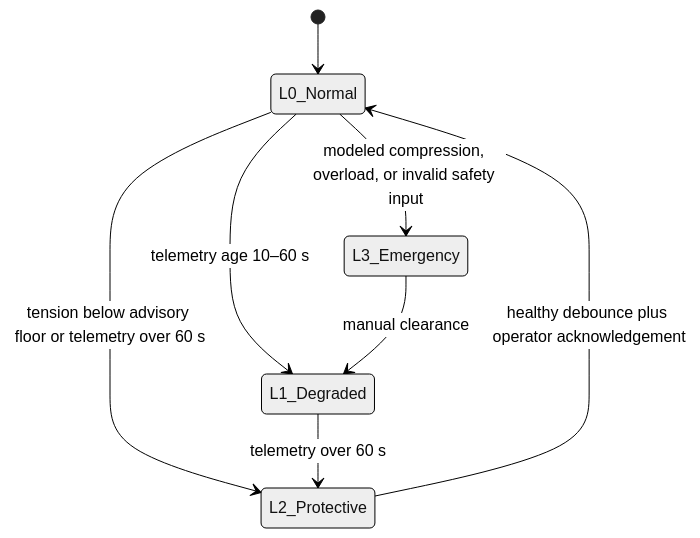
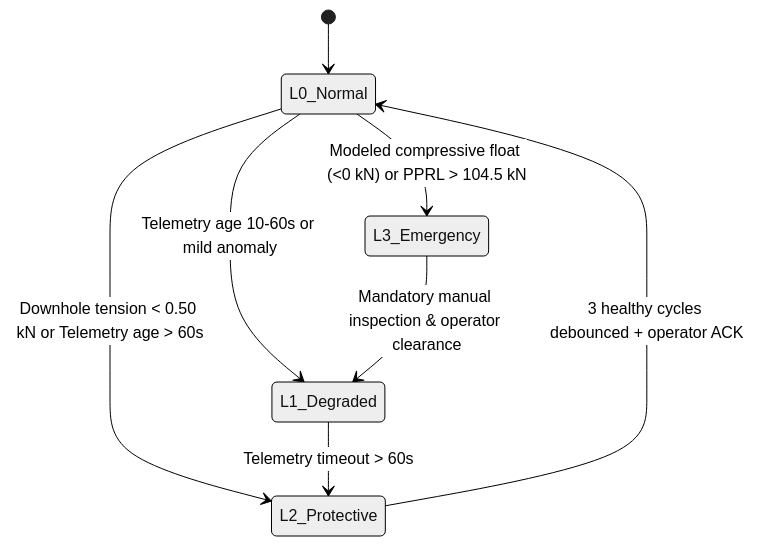
The second of 2 diagrams in README.md (DKtech-dev/vectrosync), drawn with Mermaid (neutral theme) before and after one commit. The commit also changed other lines of this file and 47 other files, not shown here.

````diff
--- a/README.md
+++ b/README.md
@@ -152,10 +167,10 @@
 ```mermaid
 stateDiagram-v2
     [*] --> L0_Normal
-    L0_Normal --> L1_Degraded: telemetry age 10–60 s
-    L0_Normal --> L2_Protective: tension below advisory floor or telemetry over 60 s
-    L0_Normal --> L3_Emergency: modeled compression, overload, or invalid safety input
-    L1_Degraded --> L2_Protective: telemetry over 60 s
-    L2_Protective --> L0_Normal: healthy debounce plus operator acknowledgement
-    L3_Emergency --> L1_Degraded: manual clearance
+    L0_Normal --> L1_Degraded: Telemetry age 10-60s or mild anomaly
+    L0_Normal --> L2_Protective: Downhole tension < 0.50 kN or Telemetry age > 60s
+    L0_Normal --> L3_Emergency: Modeled compressive float (<0 kN) or PPRL > 104.5 kN
+    L1_Degraded --> L2_Protective: Telemetry timeout > 60s
+    L2_Protective --> L0_Normal: 3 healthy cycles debounced + operator ACK
+    L3_Emergency --> L1_Degraded: Mandatory manual inspection & operator clearance
 ```
````
